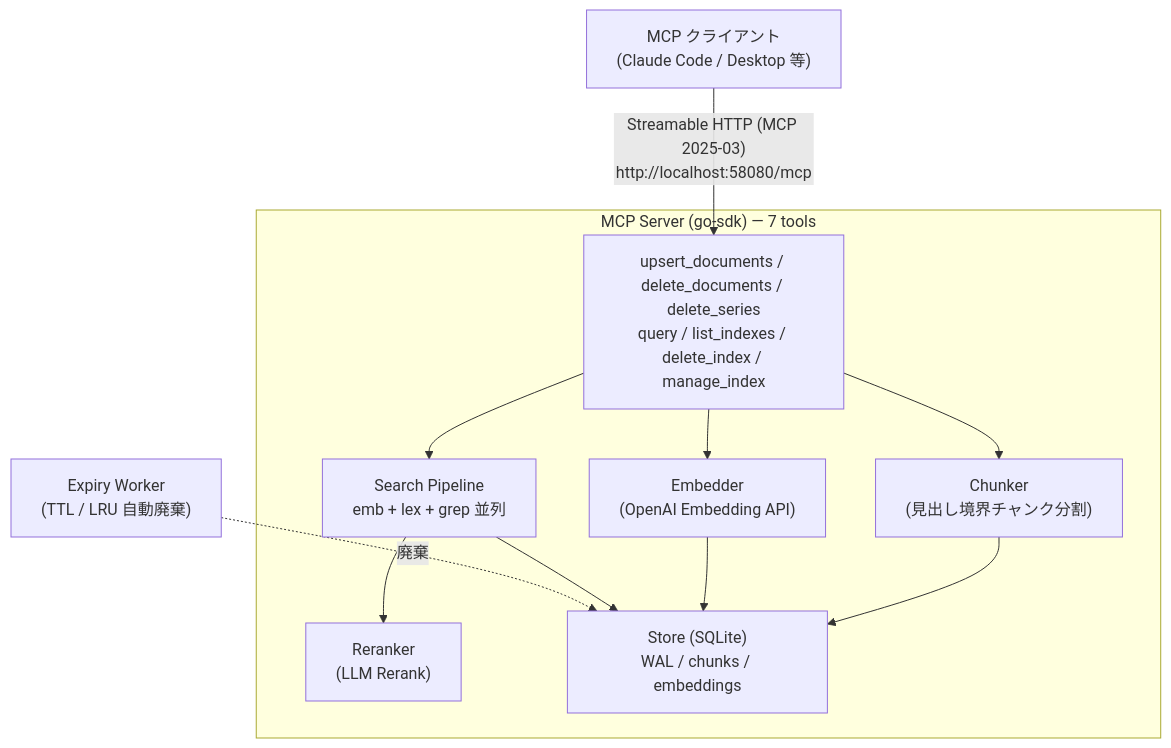
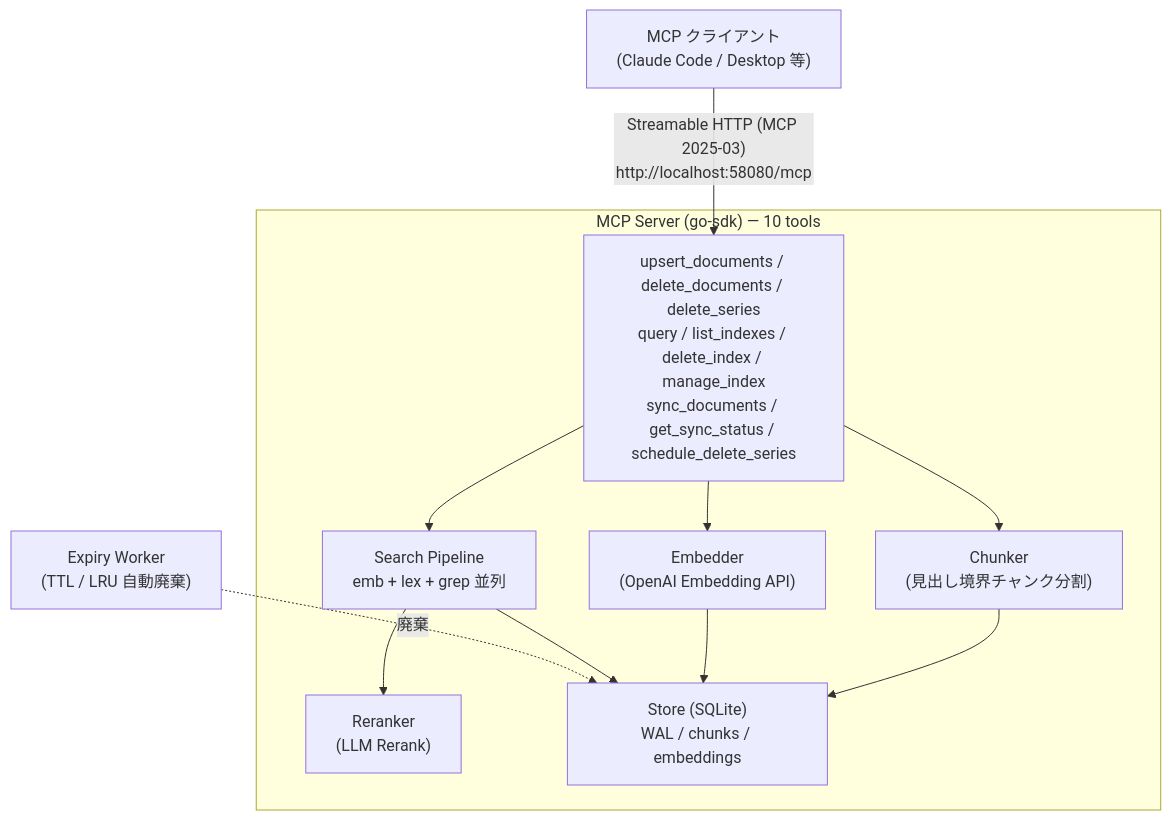
Before and after one commit to BlueEventHorizon/doc-db-mcp-server: the first of 2 diagrams in README.md, drawn with Mermaid. The commit also changed other lines of this file and 3 other files, not shown here.

````diff
--- a/README.md
+++ b/README.md
@@ -57,24 +58,24 @@
 ```mermaid
 flowchart TD
     Client["MCP クライアント<br/>(Claude Code / Desktop 等)"]
     Client -->|"Streamable HTTP (MCP 2025-03)<br/>http://localhost:58080/mcp"| Tools
 
-    subgraph "MCP Server (go-sdk) — 7 tools"
-        Tools["upsert_documents / delete_documents / delete_series<br/>query / list_indexes / delete_index / manage_index"]
+    subgraph "MCP Server (go-sdk) — 10 tools"
+        Tools["upsert_documents / delete_documents / delete_series<br/>query / list_indexes / delete_index / manage_index<br/>sync_documents / get_sync_status / schedule_delete_series"]
         Chunker["Chunker<br/>(見出し境界チャンク分割)"]
         Embedder["Embedder<br/>(OpenAI Embedding API)"]
         SearchPipeline["Search Pipeline<br/>emb + lex + grep 並列"]
         Reranker["Reranker<br/>(LLM Rerank)"]
         Store["Store (SQLite)<br/>WAL / chunks / embeddings"]
 
         Tools --> Chunker
         Tools --> Embedder
         Tools --> SearchPipeline
         SearchPipeline --> Reranker
         Chunker --> Store
         Embedder --> Store
         SearchPipeline --> Store
     end
 
     Expiry["Expiry Worker<br/>(TTL / LRU 自動廃棄)"] -.->|"廃棄"| Store
 ```
````
